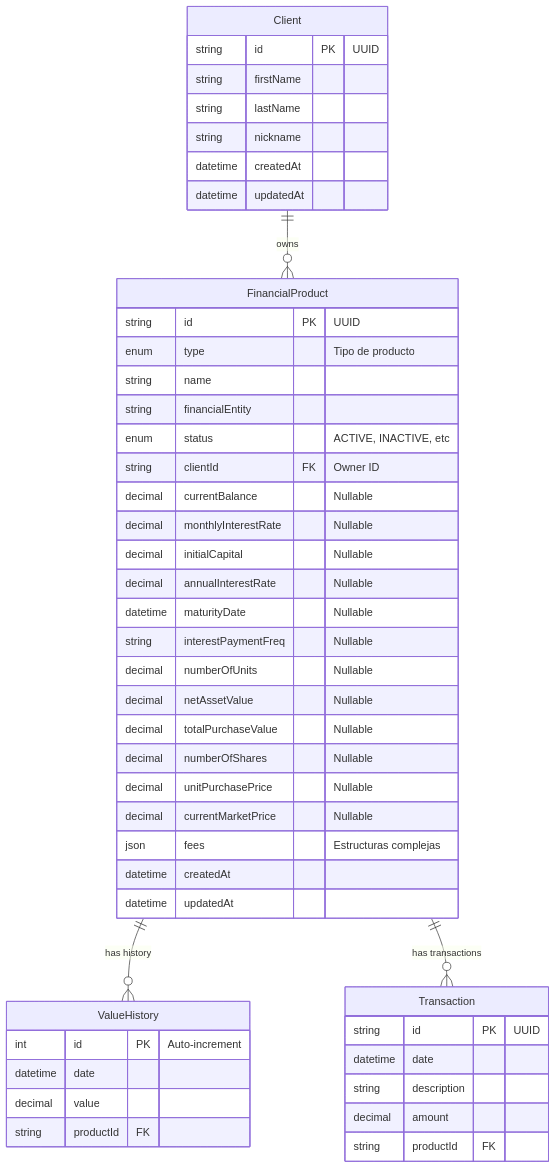
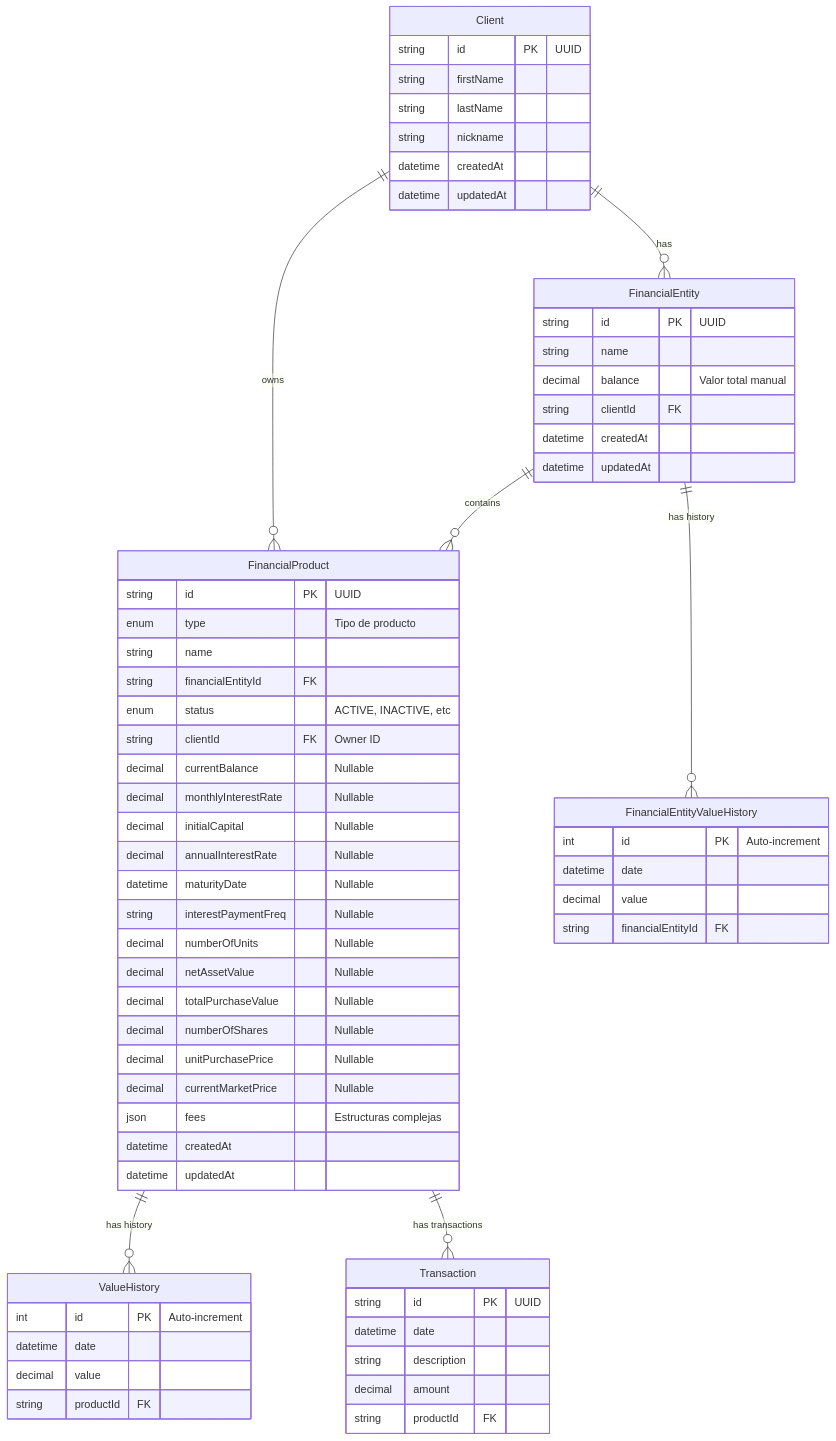
The diagram in docs/002-database_design.md (pabordonez/myfintonic), drawn with Mermaid before and after one commit. The commit also changed other lines of this file and 51 other files, not shown here.

````diff
--- a/docs/002-database_design.md
+++ b/docs/002-database_design.md
@@ -8,54 +9,73 @@
 ```mermaid
 erDiagram
     Client ||--o{ FinancialProduct : "owns"
+    Client ||--o{ FinancialEntity : "has"
+    FinancialEntity ||--o{ FinancialProduct : "contains"
+    FinancialEntity ||--o{ FinancialEntityValueHistory : "has history"
     FinancialProduct ||--o{ ValueHistory : "has history"
     FinancialProduct ||--o{ Transaction : "has transactions"
 
     Client {
         string id PK "UUID"
         string firstName
         string lastName
         string nickname
         datetime createdAt
         datetime updatedAt
     }
 
+    FinancialEntity {
+        string id PK "UUID"
+        string name
+        decimal balance "Valor total manual"
+        string clientId FK
+        datetime createdAt
+        datetime updatedAt
+    }
+
     FinancialProduct {
         string id PK "UUID"
         enum type "Tipo de producto"
         string name
-        string financialEntity
+        string financialEntityId FK
         enum status "ACTIVE, INACTIVE, etc"
         string clientId FK "Owner ID"
         decimal currentBalance "Nullable"
         decimal monthlyInterestRate "Nullable"
         decimal initialCapital "Nullable"
         decimal annualInterestRate "Nullable"
         datetime maturityDate "Nullable"
         string interestPaymentFreq "Nullable"
         decimal numberOfUnits "Nullable"
         decimal netAssetValue "Nullable"
         decimal totalPurchaseValue "Nullable"
         decimal numberOfShares "Nullable"
         decimal unitPurchasePrice "Nullable"
         decimal currentMarketPrice "Nullable"
         json fees "Estructuras complejas"
         datetime createdAt
         datetime updatedAt
     }
 
     ValueHistory {
         int id PK "Auto-increment"
         datetime date
         decimal value
         string productId FK
     }
 
+    FinancialEntityValueHistory {
+        int id PK "Auto-increment"
+        datetime date
+        decimal value
+        string financialEntityId FK
+    }
+
     Transaction {
         string id PK "UUID"
         datetime date
         string description
         decimal amount
         string productId FK
     }
 ```
````
